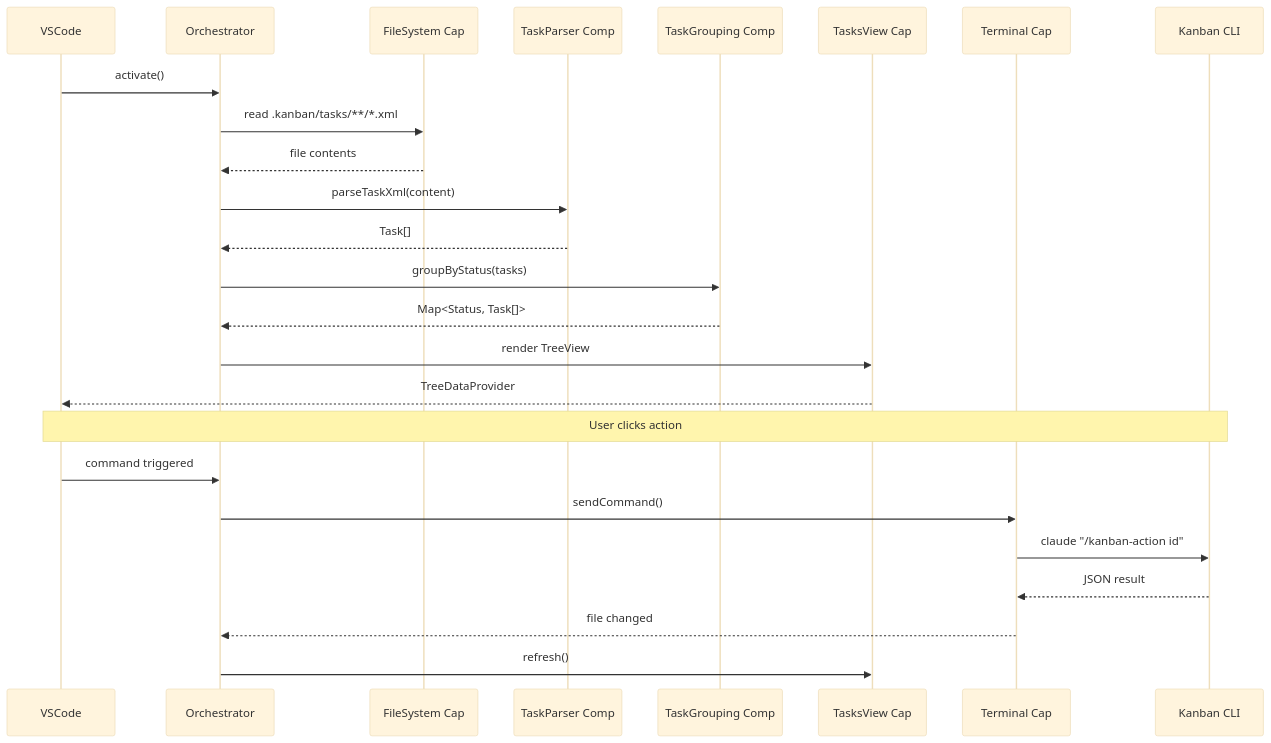
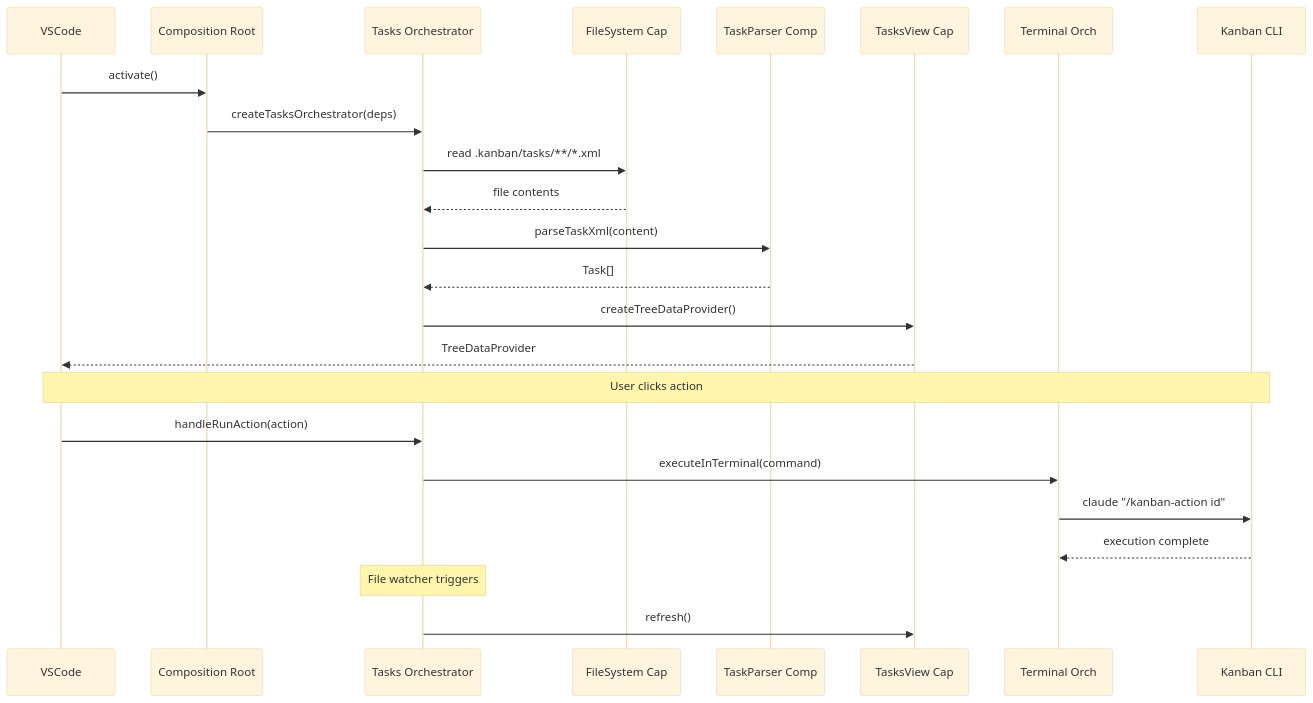
One commit to mattfletcher94/festinalente changed the third of 3 diagrams in .kanban/engineering/systems/vscode-extension/_index.md. Above: the diagram before and after it, drawn with Mermaid (base theme). The commit also changed other lines of this file and 3 other files, not shown here.

````diff
--- a/.kanban/engineering/systems/vscode-extension/_index.md
+++ b/.kanban/engineering/systems/vscode-extension/_index.md
@@ -300,29 +285,28 @@
 ```mermaid
 sequenceDiagram
     participant VS as VSCode
-    participant Orch as Orchestrator
+    participant CR as Composition Root
+    participant TO as Tasks Orchestrator
     participant FS as FileSystem Cap
     participant TP as TaskParser Comp
-    participant TG as TaskGrouping Comp
     participant TV as TasksView Cap
-    participant Term as Terminal Cap
+    participant TM as Terminal Orch
     participant CLI as Kanban CLI
 
-    VS->>Orch: activate()
-    Orch->>FS: read .kanban/tasks/**/*.xml
-    FS-->>Orch: file contents
-    Orch->>TP: parseTaskXml(content)
-    TP-->>Orch: Task[]
-    Orch->>TG: groupByStatus(tasks)
-    TG-->>Orch: Map<Status, Task[]>
-    Orch->>TV: render TreeView
+    VS->>CR: activate()
+    CR->>TO: createTasksOrchestrator(deps)
+    TO->>FS: read .kanban/tasks/**/*.xml
+    FS-->>TO: file contents
+    TO->>TP: parseTaskXml(content)
+    TP-->>TO: Task[]
+    TO->>TV: createTreeDataProvider()
     TV-->>VS: TreeDataProvider
 
     Note over VS,CLI: User clicks action
-    VS->>Orch: command triggered
-    Orch->>Term: sendCommand()
-    Term->>CLI: claude "/kanban-action id"
-    CLI-->>Term: JSON result
-    Term-->>Orch: file changed
-    Orch->>TV: refresh()
+    VS->>TO: handleRunAction(action)
+    TO->>TM: executeInTerminal(command)
+    TM->>CLI: claude "/kanban-action id"
+    CLI-->>TM: execution complete
+    Note over TO: File watcher triggers
+    TO->>TV: refresh()
 ```
````
